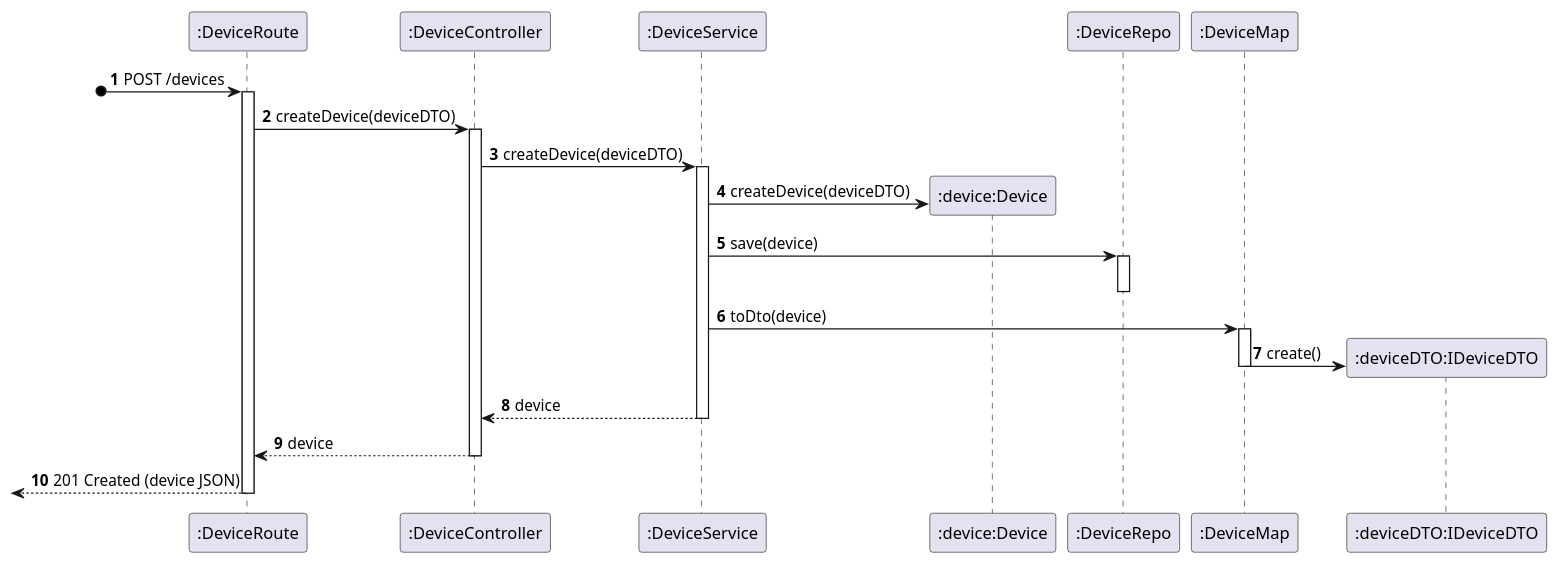
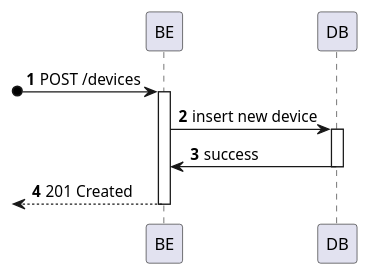
One commit to miseEnPlace-dev/lapr5 changed the diagram in _wiki/sprint-a/us19-360/views/level-3/process-view.puml. Above: the diagram before and after it, drawn with PlantUML. The commit also changed 1 other file, not shown here.

```diff
--- a/_wiki/sprint-a/us19-360/views/level-3/process-view.puml
+++ b/_wiki/sprint-a/us19-360/views/level-3/process-view.puml
@@ -1,32 +1,18 @@
 @startuml process-view
 autonumber
-participant route as ":DeviceRoute"
-participant controller as ":DeviceController"
-participant service as ":DeviceService"
-participant device as ":device:Device"
-participant device_repo as ":DeviceRepo"
-participant map as ":DeviceMap"
-participant dto as ":deviceDTO:IDeviceDTO"
+participant BE as "BE"
+participant DB as "DB"
 
-?o-> route : POST /devices
-activate route
-route -> controller : createDevice(deviceDTO)
-activate controller
-controller -> service : createDevice(deviceDTO)
-activate service
-service -> device** : createDevice(deviceDTO)
-service -> device_repo : save(device)
-activate device_repo
-deactivate device_repo
-service -> map : toDto(device)
-activate map
-map -> dto** : create()
-deactivate map
-service --> controller : device
-deactivate service
-controller --> route : device
-deactivate controller
-<-- route : 201 Created (device JSON)
-deactivate route
+?o-> BE : POST /devices
+activate BE
+
+BE -> DB : insert new device
+activate DB
+
+DB -> BE : success
+deactivate DB
+
+<-- BE : 201 Created
+deactivate BE
 
 @enduml
```
